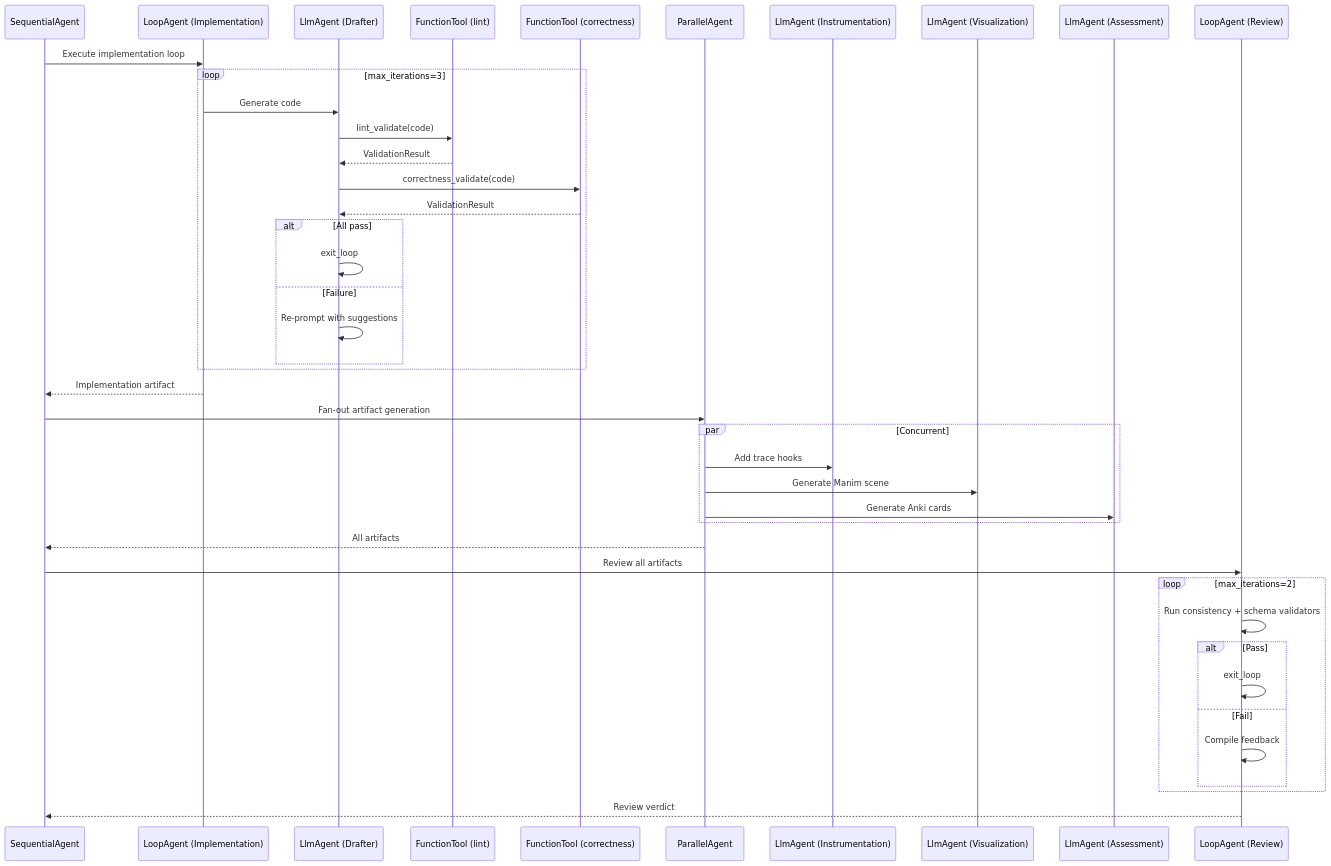
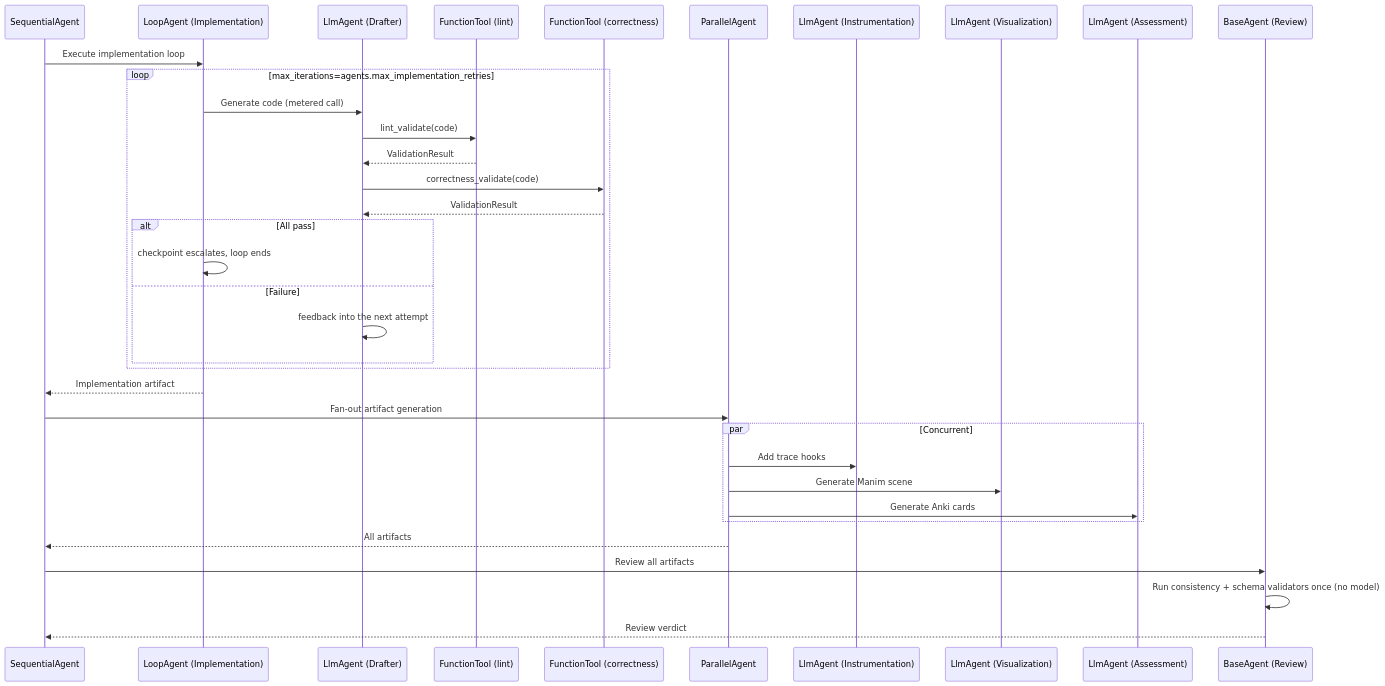
One commit to no-magic-ai/apprentice changed the third of 7 diagrams in docs/system-design.md. Above: the diagram before and after it, drawn with Mermaid. The commit also changed other lines of this file and 82 other files, not shown here.

````diff
--- a/docs/system-design.md
+++ b/docs/system-design.md
@@ -252,49 +231,42 @@
 ```mermaid
 sequenceDiagram
     participant Pipe as SequentialAgent
     participant Impl as LoopAgent (Implementation)
     participant Draft as LlmAgent (Drafter)
     participant Lint as FunctionTool (lint)
     participant Correct as FunctionTool (correctness)
     participant ToolStage as ParallelAgent
     participant Instr as LlmAgent (Instrumentation)
     participant Viz as LlmAgent (Visualization)
     participant Assess as LlmAgent (Assessment)
-    participant Rev as LoopAgent (Review)
+    participant Rev as BaseAgent (Review)
 
     Pipe->>Impl: Execute implementation loop
 
-    loop max_iterations=3
-        Impl->>Draft: Generate code
+    loop max_iterations=agents.max_implementation_retries
+        Impl->>Draft: Generate code (metered call)
         Draft->>Lint: lint_validate(code)
         Lint-->>Draft: ValidationResult
         Draft->>Correct: correctness_validate(code)
         Correct-->>Draft: ValidationResult
         alt All pass
-            Draft->>Draft: exit_loop
+            Impl->>Impl: checkpoint escalates, loop ends
         else Failure
-            Draft->>Draft: Re-prompt with suggestions
+            Draft->>Draft: feedback into the next attempt
         end
     end
 
     Impl-->>Pipe: Implementation artifact
 
     Pipe->>ToolStage: Fan-out artifact generation
     par Concurrent
         ToolStage->>Instr: Add trace hooks
         ToolStage->>Viz: Generate Manim scene
         ToolStage->>Assess: Generate Anki cards
     end
     ToolStage-->>Pipe: All artifacts
 
     Pipe->>Rev: Review all artifacts
-    loop max_iterations=2
-        Rev->>Rev: Run consistency + schema validators
-        alt Pass
-            Rev->>Rev: exit_loop
-        else Fail
-            Rev->>Rev: Compile feedback
-        end
-    end
+    Rev->>Rev: Run consistency + schema validators once (no model)
     Rev-->>Pipe: Review verdict
 ```
````
